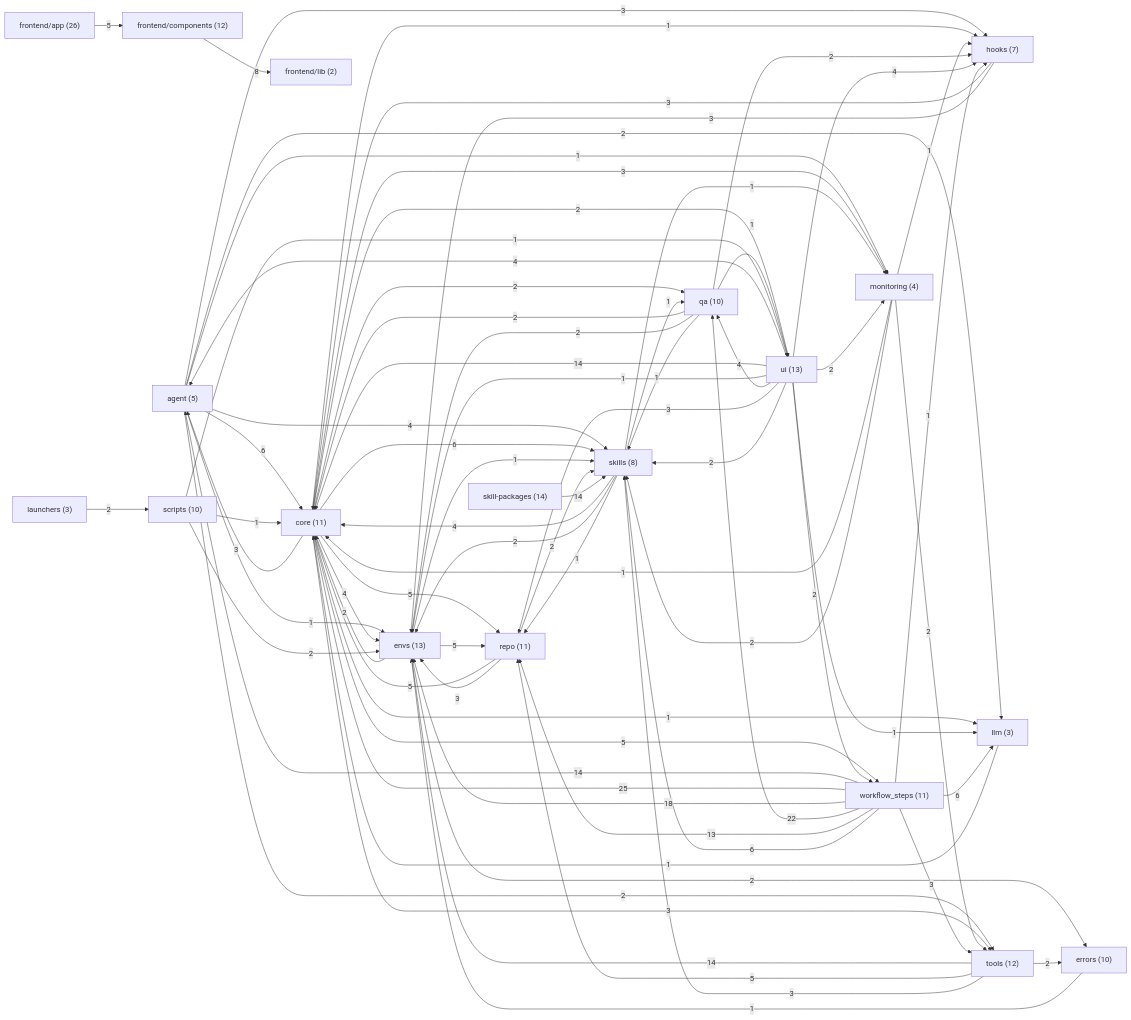
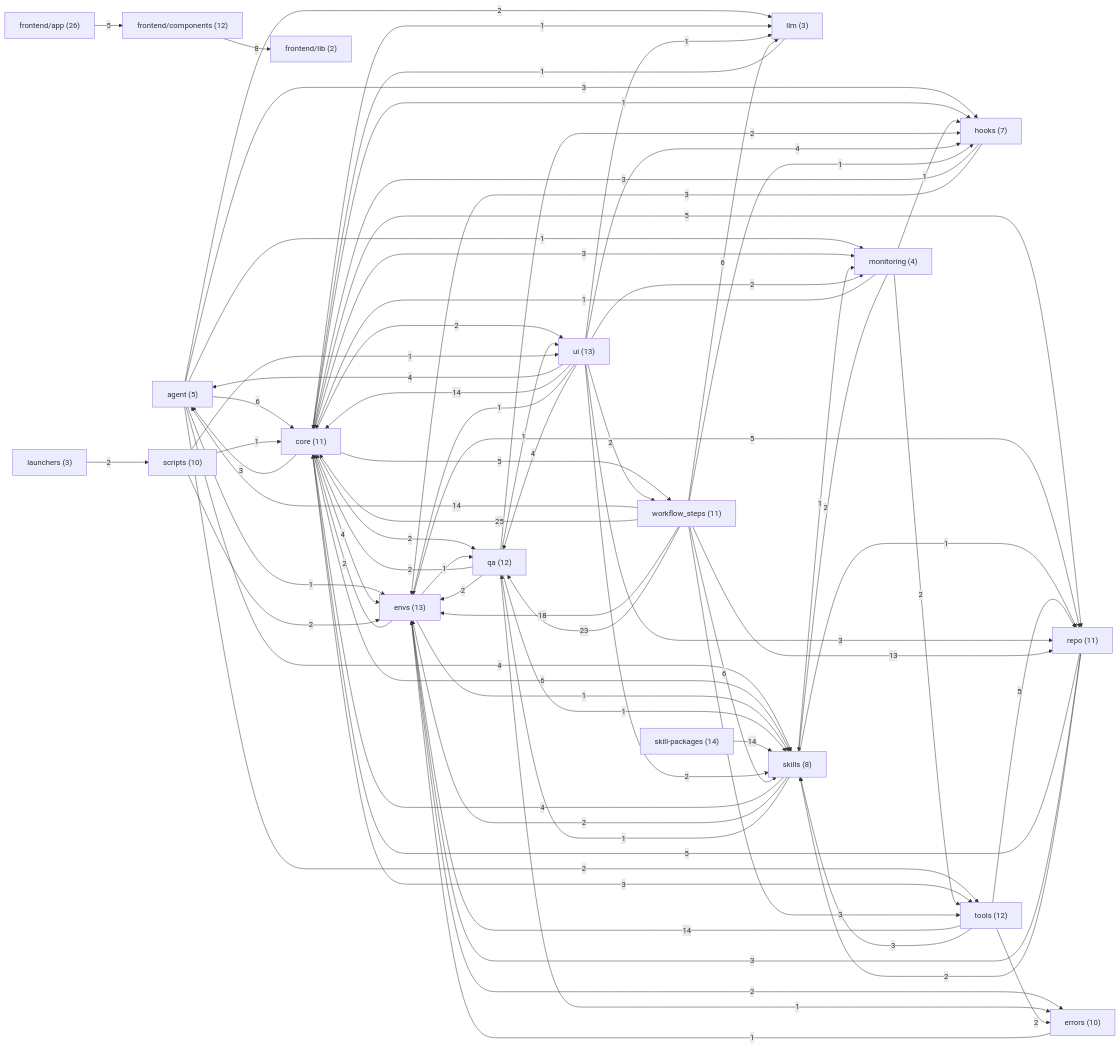
One commit to sarveshtalele/maf-harness-testing changed the second of 21 diagrams in docs/ARCHITECTURE_MAP.md. Above: the diagram before and after it, drawn with Mermaid. The commit also changed other lines of this file and 2 other files, not shown here.

Commit message:
docs: architecture map and module notes for verification triage and coverage

```diff
--- a/docs/ARCHITECTURE_MAP.md
+++ b/docs/ARCHITECTURE_MAP.md
@@ -70,7 +70,7 @@
   g8["launchers (3)"]
   g9["llm (3)"]
   g10["monitoring (4)"]
-  g11["qa (10)"]
+  g11["qa (12)"]
   g12["repo (11)"]
   g13["scripts (10)"]
   g14["skill-packages (14)"]
@@ -98,6 +98,7 @@
   g1 -->|5| g18
   g2 -->|2| g1
   g2 -->|2| g3
+  g2 -->|1| g11
   g2 -->|5| g12
   g2 -->|1| g15
   g3 -->|1| g2
@@ -113,6 +114,7 @@
   g10 -->|2| g16
   g11 -->|2| g1
   g11 -->|2| g2
+  g11 -->|1| g3
   g11 -->|2| g7
   g11 -->|1| g15
   g11 -->|1| g17
@@ -147,7 +149,7 @@
   g18 -->|18| g2
   g18 -->|1| g7
   g18 -->|6| g9
-  g18 -->|22| g11
+  g18 -->|23| g11
   g18 -->|13| g12
   g18 -->|6| g15
   g18 -->|3| g16
```
